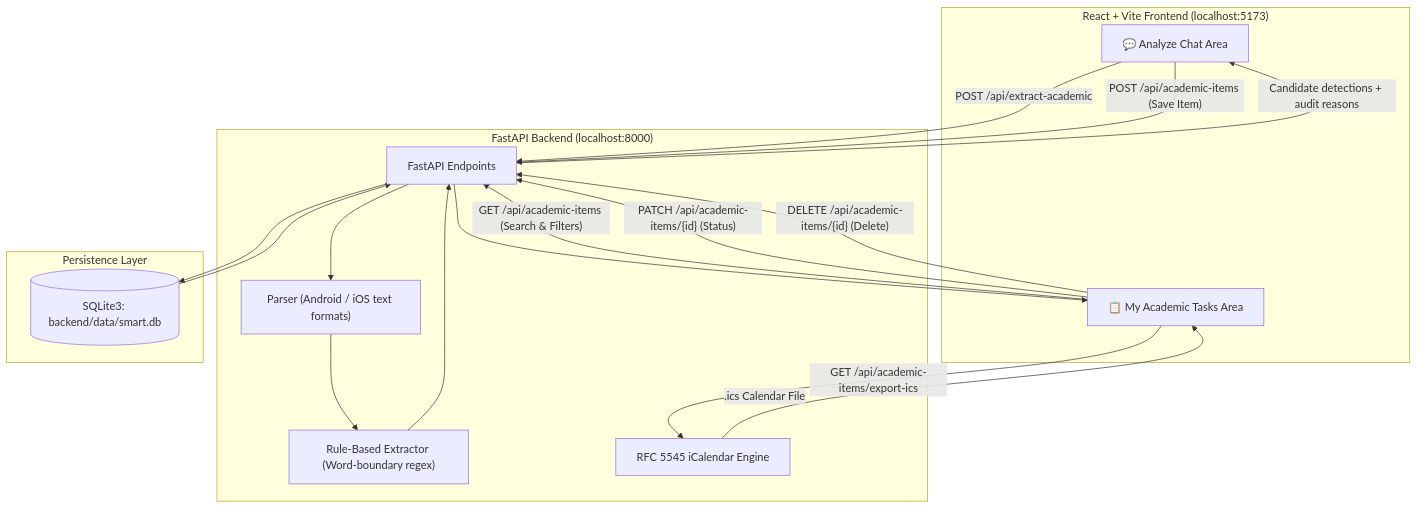
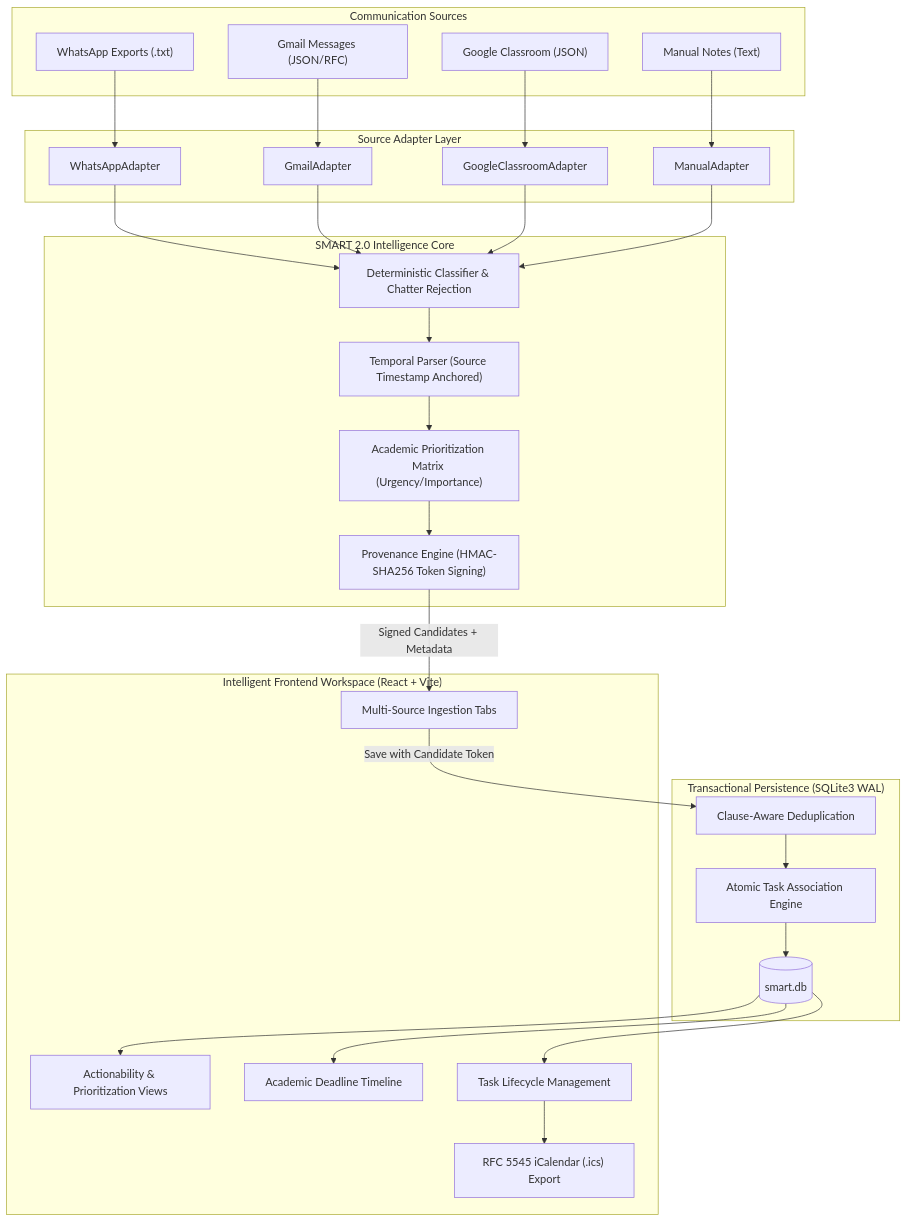
The diagram in README.md (Pavadharinibalaji/SMART), drawn with Mermaid before and after one commit. The commit also changed other lines of this file and 34 other files, not shown here.

Commit message:
Complete SMART 2.1 academic automation and dashboard improvements

````diff
--- a/README.md
+++ b/README.md
@@ -15,31 +11,50 @@
 ```mermaid
 flowchart TD
-    subgraph UI["React + Vite Frontend (localhost:5173)"]
-        Tab1["💬 Analyze Chat Area"]
-        Tab2["📋 My Academic Tasks Area"]
+    subgraph Sources["Communication Sources"]
+        WA["WhatsApp Exports (.txt)"]
+        GM["Gmail Messages (JSON/RFC)"]
+        GC["Google Classroom (JSON)"]
+        MN["Manual Notes (Text)"]
     end
 
-    subgraph Backend["FastAPI Backend (localhost:8000)"]
-        Parser["Parser (Android / iOS text formats)"]
-        Extractor["Rule-Based Extractor (Word-boundary regex)"]
-        API["FastAPI Endpoints"]
-        CalExport["RFC 5545 iCalendar Engine"]
+    subgraph Adapters["Source Adapter Layer"]
+        A_WA["WhatsAppAdapter"]
+        A_GM["GmailAdapter"]
+        A_GC["GoogleClassroomAdapter"]
+        A_MN["ManualAdapter"]
     end
 
-    subgraph Storage["Persistence Layer"]
-        DB[(SQLite3: backend/data/smart.db)]
+    subgraph Intelligence["SMART 2.0 Intelligence Core"]
+        Classifier["Deterministic Classifier & Chatter Rejection"]
+        Temporal["Temporal Parser (Source Timestamp Anchored)"]
+        Prioritizer["Academic Prioritization Matrix (Urgency/Importance)"]
+        HMAC["Provenance Engine (HMAC-SHA256 Token Signing)"]
     end
 
-    Tab1 -->|"POST /api/extract-academic"| API
-    API --> Parser --> Extractor --> API
-    API -->|"Candidate detections + audit reasons"| Tab1
-    Tab1 -->|"POST /api/academic-items (Save Item)"| API
-    API --> DB
+    subgraph Persistence["Transactional Persistence (SQLite3 WAL)"]
+        DB[(smart.db)]
+        Dedup["Clause-Aware Deduplication"]
+        Atomic["Atomic Task Association Engine"]
+    end
 
-    Tab2 -->|"GET /api/academic-items (Search & Filters)"| API
-    DB --> API --> Tab2
-    Tab2 -->|"PATCH /api/academic-items/{id} (Status)"| API
-    Tab2 -->|"DELETE /api/academic-items/{id} (Delete)"| API
-    Tab2 -->|"GET /api/academic-items/export-ics"| CalExport
-    CalExport -->|".ics Calendar File"| Tab2
+    subgraph UI["Intelligent Frontend Workspace (React + Vite)"]
+        Analyze["Multi-Source Ingestion Tabs"]
+        Matrix["Actionability & Prioritization Views"]
+        Timeline["Academic Deadline Timeline"]
+        Saved["Task Lifecycle Management"]
+        Export["RFC 5545 iCalendar (.ics) Export"]
+    end
+
+    WA --> A_WA
+    GM --> A_GM
+    GC --> A_GC
+    MN --> A_MN
+
+    A_WA & A_GM & A_GC & A_MN --> Classifier
+    Classifier --> Temporal --> Prioritizer --> HMAC
+    HMAC -->|"Signed Candidates + Metadata"| Analyze
+    Analyze -->|"Save with Candidate Token"| Dedup
+    Dedup --> Atomic --> DB
+    DB --> Saved & Matrix & Timeline
+    Saved --> Export
 ```
````
